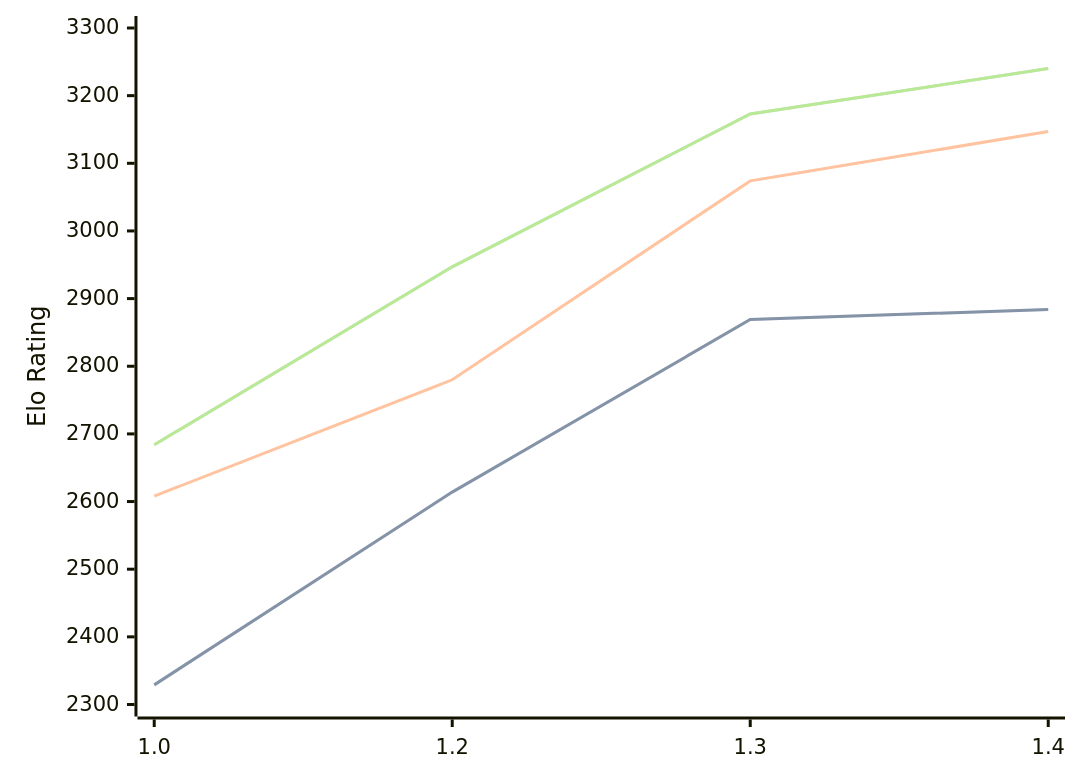
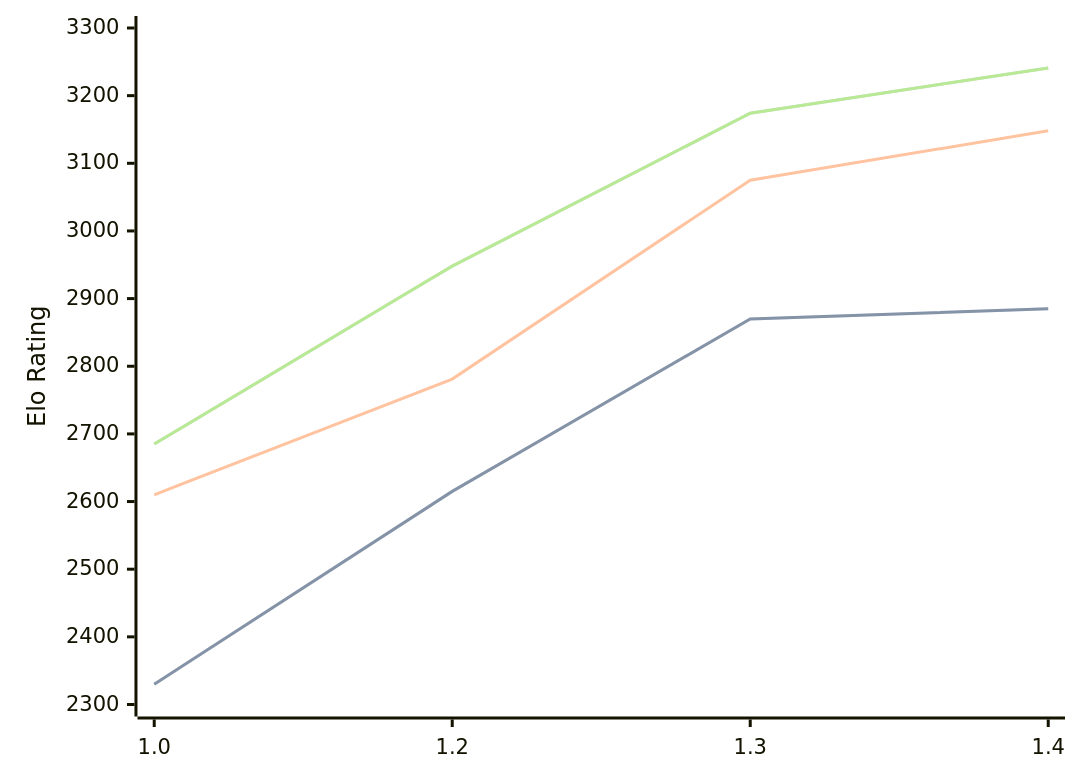
Before and after one commit to computer-chess-index/cci: the diagram in engines/Chessnix.md, drawn with Mermaid. The commit also changed other lines of this file, not shown here.

Commit message:
Update CCI Ratings (ELO VLTC) - 2026-10-09

````diff
--- a/engines/Chessnix.md
+++ b/engines/Chessnix.md
@@ -34,11 +34,11 @@
 ```mermaid
 %%{init: {"theme":"base","themeVariables":{"seriesColors:['#a3a3a3','#222221','#faa371']}}}%%
 xychart-beta
   x-axis ["1.0", "1.2", "1.3", "1.4"]
   y-axis "Elo Rating" 2300 --> 3300
-  line "" [2329, 2614, 2869, 2884]
-  line "STC (8.0+0.08s)" [2329, 2614, 2869, 2884]
-  line "LTC (60.0+0.60s)" [2608, 2780, 3074, 3147]
-  line "" [2684, 2947, 3173, 3240]
-  line "VLTC (2m24s+1.12s)" [2684, 2947, 3173, 3240]
+  line "" [2330, 2615, 2870, 2885]
+  line "STC (8.0+0.08s)" [2330, 2615, 2870, 2885]
+  line "LTC (60.0+0.60s)" [2610, 2781, 3075, 3148]
+  line "" [2685, 2948, 3174, 3241]
+  line "VLTC (2m24s+1.12s)" [2685, 2948, 3174, 3241]
 ```
````
